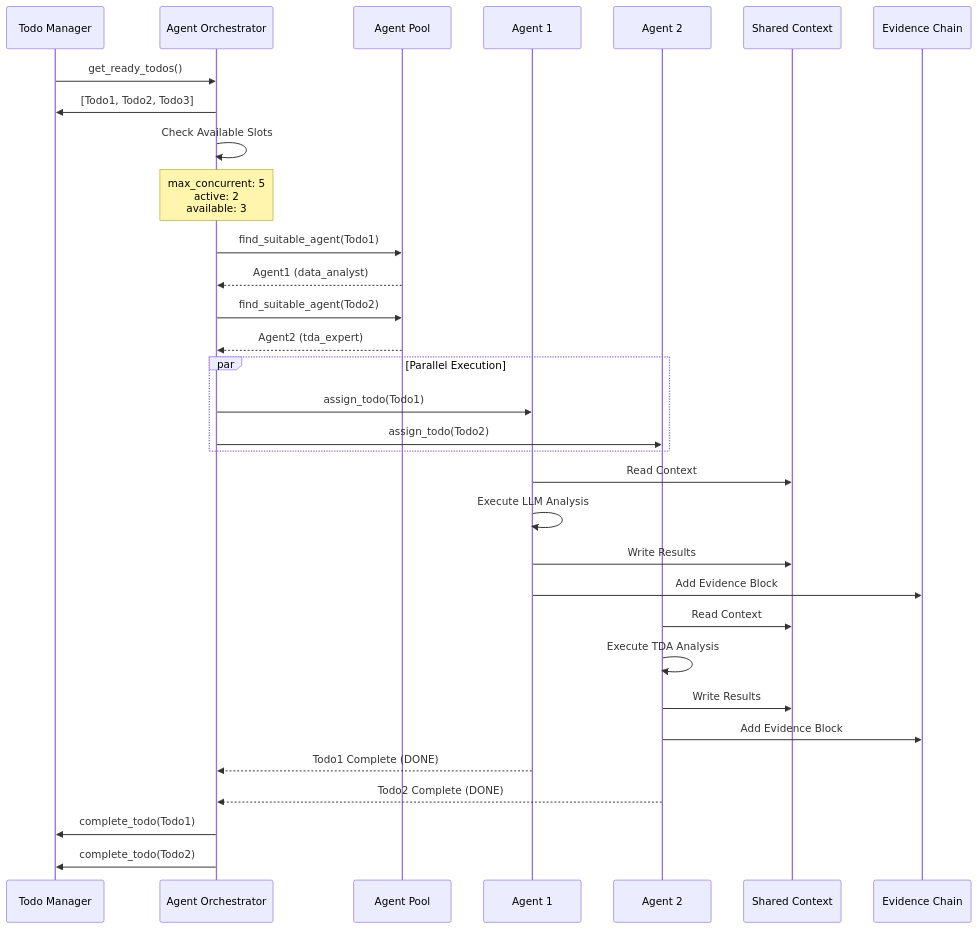
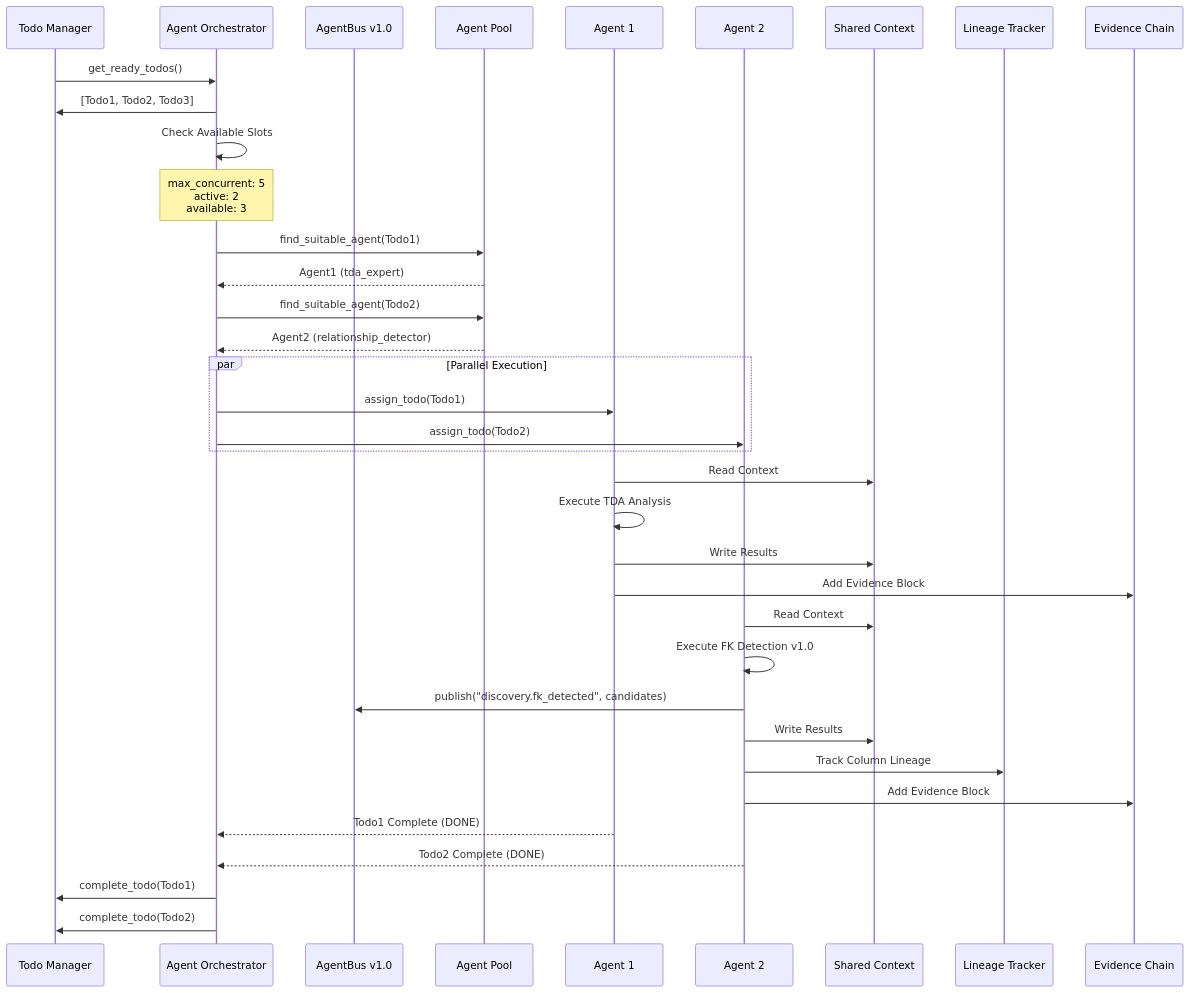
One commit to sabill123/ontology changed the fourth of 12 diagrams in docs/diagrams/05-agent-orchestration.md. Above: the diagram before and after it, drawn with Mermaid. The commit also changed other lines of this file and 176 other files, not shown here.

````diff
--- a/docs/diagrams/05-agent-orchestration.md
+++ b/docs/diagrams/05-agent-orchestration.md
@@ -133,43 +151,47 @@
 ```mermaid
 sequenceDiagram
     participant TM as Todo Manager
     participant AO as Agent Orchestrator
+    participant BUS as AgentBus v1.0
     participant AP as Agent Pool
     participant A1 as Agent 1
     participant A2 as Agent 2
     participant SC as Shared Context
+    participant LIN as Lineage Tracker
     participant EC as Evidence Chain
 
     TM->>AO: get_ready_todos()
     AO->>TM: [Todo1, Todo2, Todo3]
 
     AO->>AO: Check Available Slots
     Note over AO: max_concurrent: 5<br/>active: 2<br/>available: 3
 
     AO->>AP: find_suitable_agent(Todo1)
-    AP-->>AO: Agent1 (data_analyst)
+    AP-->>AO: Agent1 (tda_expert)
 
     AO->>AP: find_suitable_agent(Todo2)
-    AP-->>AO: Agent2 (tda_expert)
+    AP-->>AO: Agent2 (relationship_detector)
 
     par Parallel Execution
         AO->>A1: assign_todo(Todo1)
         AO->>A2: assign_todo(Todo2)
     end
 
     A1->>SC: Read Context
-    A1->>A1: Execute LLM Analysis
+    A1->>A1: Execute TDA Analysis
     A1->>SC: Write Results
     A1->>EC: Add Evidence Block
 
     A2->>SC: Read Context
-    A2->>A2: Execute TDA Analysis
+    A2->>A2: Execute FK Detection v1.0
+    A2->>BUS: publish("discovery.fk_detected", candidates)
     A2->>SC: Write Results
+    A2->>LIN: Track Column Lineage
     A2->>EC: Add Evidence Block
 
     A1-->>AO: Todo1 Complete (DONE)
     A2-->>AO: Todo2 Complete (DONE)
 
     AO->>TM: complete_todo(Todo1)
     AO->>TM: complete_todo(Todo2)
 ```
````
